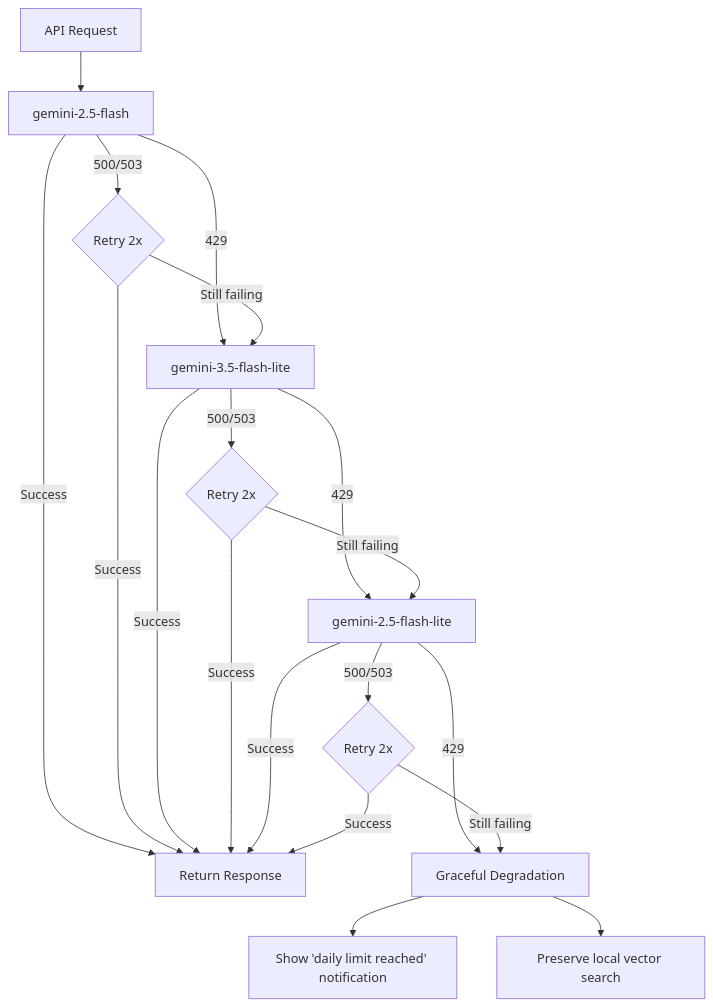
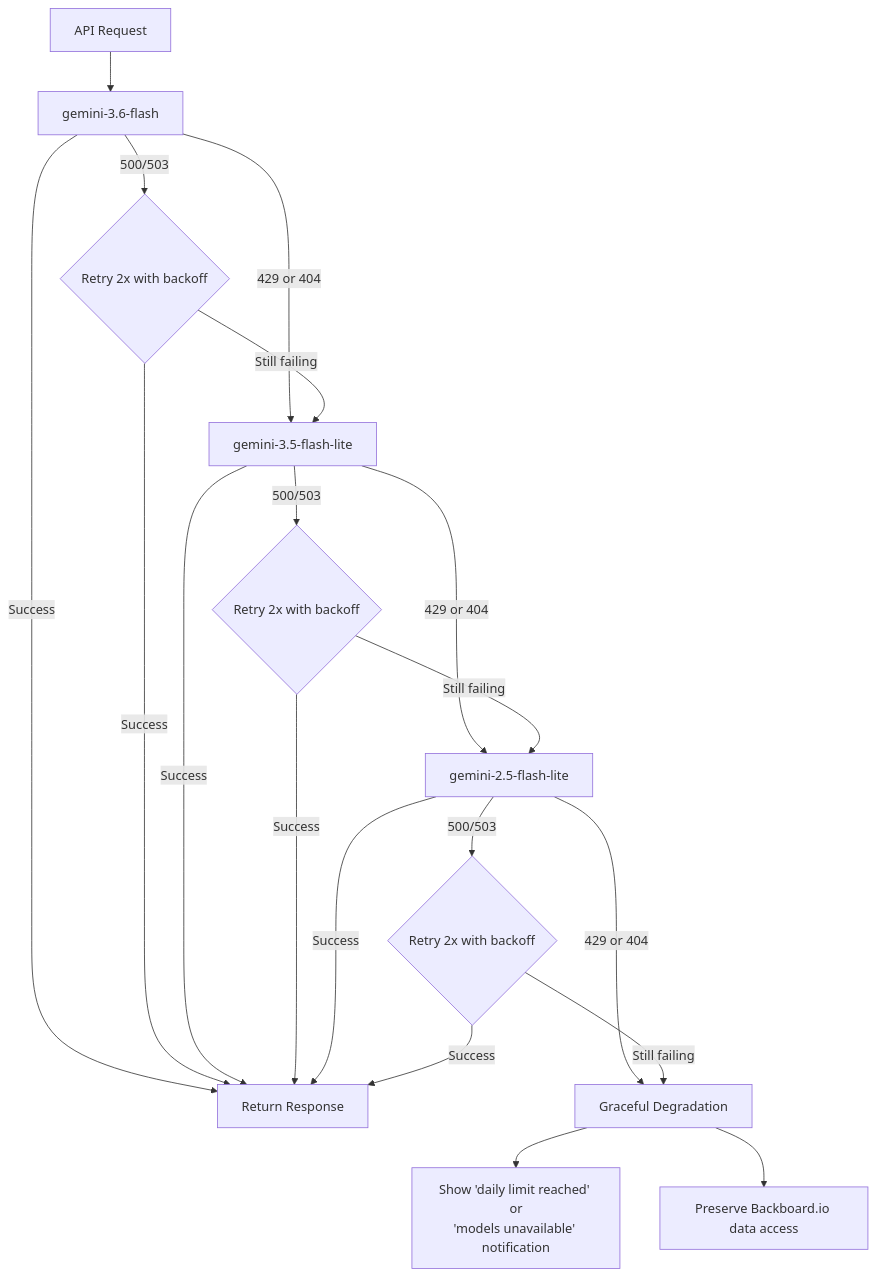
The fourth of 4 diagrams in .kiro/specs/lms-rag-extension/design.md (tridibbanik17/CUTC-Transform-Hackathon-2026), drawn with Mermaid before and after one commit. The commit also changed other lines of this file and 1 other file, not shown here.

Commit message:
align design.md and tasks.md with Backboard.io + BYOK + gemini-3.6-flash architecture

````diff
--- a/.kiro/specs/lms-rag-extension/design.md
+++ b/.kiro/specs/lms-rag-extension/design.md
@@ -761,21 +852,21 @@
 ```mermaid
 flowchart TD
-    REQ[API Request] --> M1[gemini-2.5-flash]
+    REQ[API Request] --> M1[gemini-3.6-flash]
     M1 -->|Success| DONE[Return Response]
-    M1 -->|429| M2[gemini-3.5-flash-lite]
-    M1 -->|500/503| R1{Retry 2x}
+    M1 -->|429 or 404| M2[gemini-3.5-flash-lite]
+    M1 -->|500/503| R1{Retry 2x with backoff}
     R1 -->|Success| DONE
     R1 -->|Still failing| M2
     M2 -->|Success| DONE
-    M2 -->|429| M3[gemini-2.5-flash-lite]
-    M2 -->|500/503| R2{Retry 2x}
+    M2 -->|429 or 404| M3[gemini-2.5-flash-lite]
+    M2 -->|500/503| R2{Retry 2x with backoff}
     R2 -->|Success| DONE
     R2 -->|Still failing| M3
     M3 -->|Success| DONE
-    M3 -->|429| DEGRADE[Graceful Degradation]
-    M3 -->|500/503| R3{Retry 2x}
+    M3 -->|429 or 404| DEGRADE[Graceful Degradation]
+    M3 -->|500/503| R3{Retry 2x with backoff}
     R3 -->|Success| DONE
     R3 -->|Still failing| DEGRADE
-    DEGRADE --> NOTIFY[Show 'daily limit reached' notification]
-    DEGRADE --> LOCAL[Preserve local vector search]
+    DEGRADE --> NOTIFY[Show 'daily limit reached' or<br/>'models unavailable' notification]
+    DEGRADE --> PRESERVE[Preserve Backboard.io data access]
 ```
````
